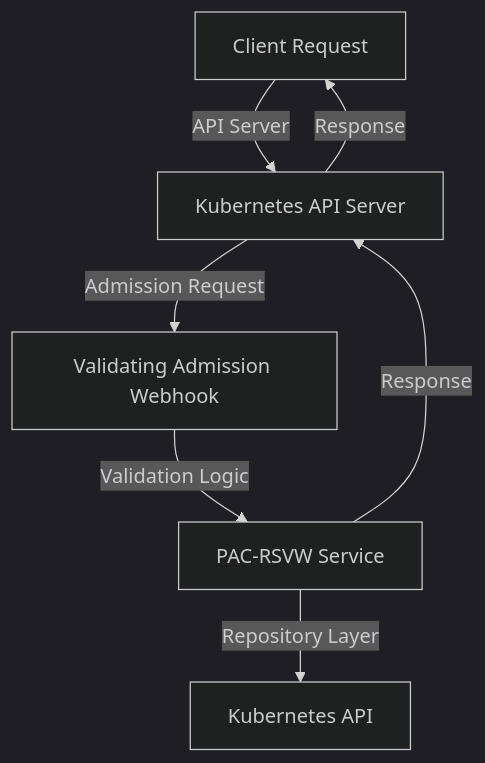
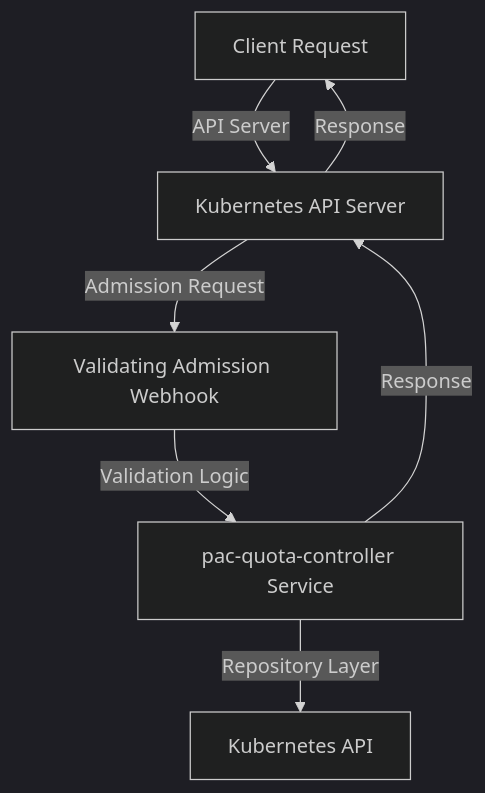
Before and after one commit to powerhome/pac-quota-controller: the first of 4 diagrams in README.md, drawn with Mermaid (dark theme). The commit also changed other lines of this file, not shown here.

````diff
--- a/README.md
+++ b/README.md
@@ -13,9 +13,9 @@
 ```mermaid
 graph TD
     A[Client Request] -->|API Server| B[Kubernetes API Server]
     B -->|Admission Request| C[Validating Admission Webhook]
-    C -->|Validation Logic| D[PAC-RSVW Service]
+    C -->|Validation Logic| D[pac-quota-controller Service]
     D -->|Repository Layer| E[Kubernetes API]
     D -->|Response| B
     B -->|Response| A
 ```
````
